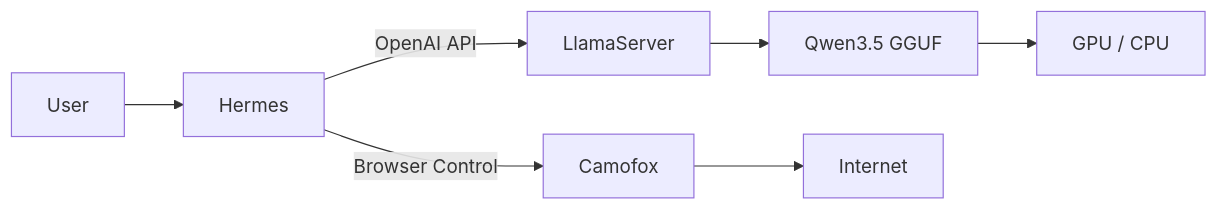
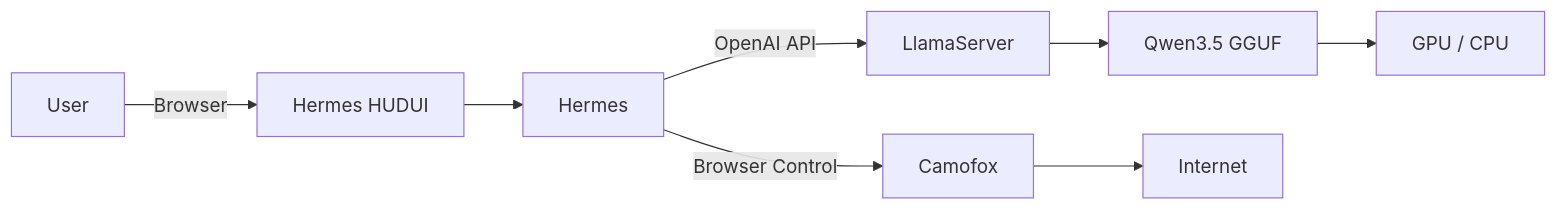
Before and after one commit to metantonio/hermes-wsl-ubuntu: the first of 4 diagrams in Readme.md, drawn with Mermaid. The commit also changed other lines of this file and 1 other file, not shown here.

````diff
--- a/Readme.md
+++ b/Readme.md
@@ -48,9 +50,10 @@
 ```mermaid
 flowchart LR
-    User --> Hermes
+    User -->|Browser| WebUI[Hermes HUDUI]
+    WebUI --> Hermes
     Hermes -->|OpenAI API| LlamaServer
     Hermes -->|Browser Control| Camofox
     LlamaServer --> Model[Qwen3.5 GGUF]
     Model --> GPU[GPU / CPU]
     Camofox --> Web[Internet]
 ```
````
